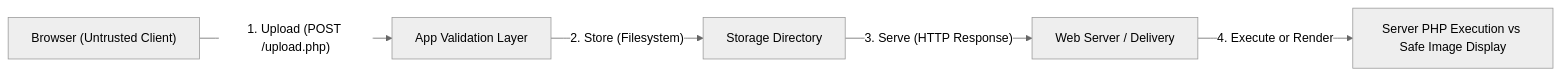
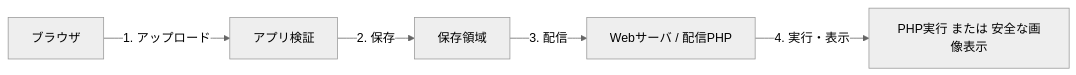
Before and after one commit to sunak-tech/upload-to-execution-lab: the diagram in labs/01-php-upload-defense/docs/ja/hands-on-guide.md, drawn with Mermaid (neutral theme). The commit also changed other lines of this file and 38 other files, not shown here.

````diff
--- a/labs/01-php-upload-defense/docs/ja/hands-on-guide.md
+++ b/labs/01-php-upload-defense/docs/ja/hands-on-guide.md
@@ -122,7 +20,7 @@
 ```mermaid
 flowchart LR
-    C["Browser (Untrusted Client)"] -->|"1. Upload (POST /upload.php)"| A["App Validation Layer"]
-    A -->|"2. Store (Filesystem)"| S["Storage Directory"]
-    S -->|"3. Serve (HTTP Response)"| D["Web Server / Delivery"]
-    D -->|"4. Execute or Render"| E["Server PHP Execution vs Safe Image Display"]
+    U["ブラウザ"] -->|"1. アップロード"| A["アプリ検証"]
+    A -->|"2. 保存"| S["保存領域"]
+    S -->|"3. 配信"| D["Webサーバ / 配信PHP"]
+    D -->|"4. 実行・表示"| R["PHP実行 または 安全な画像表示"]
 ```
````
